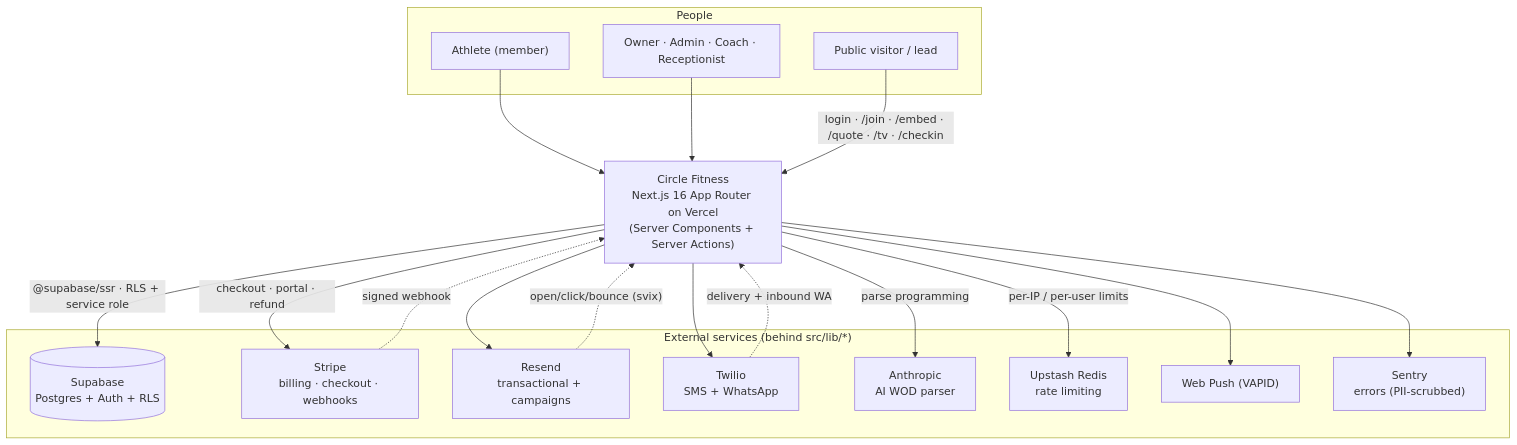
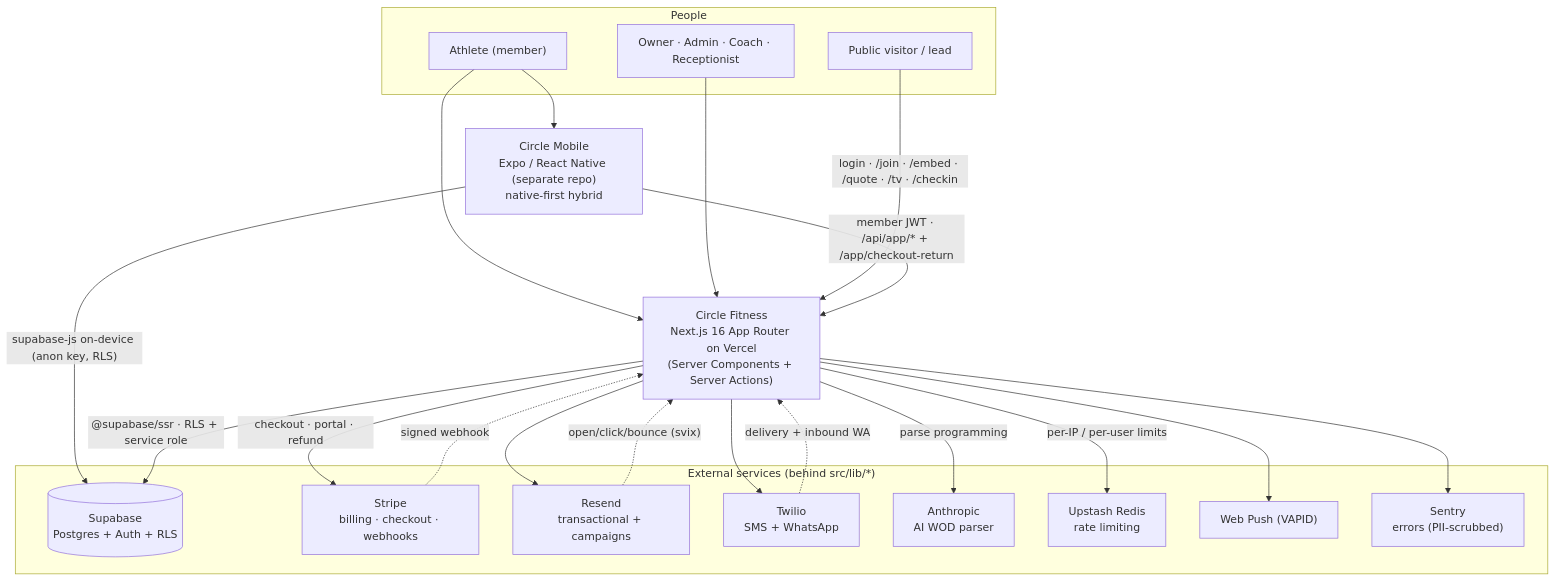
One commit to Walidsh87/circle-glofox changed the first of 6 diagrams in docs/ARCHITECTURE.md. Above: the diagram before and after it, drawn with Mermaid. The commit also changed other lines of this file and 12 other files, not shown here.

First line of the commit message:
feat: audit close-out — mig 096 hardening, automated a11y gate, AA contrast, ARCHITECTURE re-ground (#109)

````diff
--- a/docs/ARCHITECTURE.md
+++ b/docs/ARCHITECTURE.md
@@ -22,38 +22,44 @@
 ```mermaid
 flowchart TB
   subgraph users["People"]
     ATH["Athlete (member)"]
     STAFF["Owner · Admin · Coach · Receptionist"]
     PUB["Public visitor / lead"]
   end
+
+  MOB["Circle Mobile<br/>Expo / React Native (separate repo)<br/>native-first hybrid"]
 
   APP["Circle Fitness<br/>Next.js 16 App Router on Vercel<br/>(Server Components + Server Actions)"]
 
   subgraph ext["External services (behind src/lib/*)"]
     SUPA[("Supabase<br/>Postgres + Auth + RLS")]
     STRIPE["Stripe<br/>billing · checkout · webhooks"]
     RESEND["Resend<br/>transactional + campaigns"]
     TWILIO["Twilio<br/>SMS + WhatsApp"]
     ANTH["Anthropic<br/>AI WOD parser"]
     UPSTASH["Upstash Redis<br/>rate limiting"]
     PUSH["Web Push (VAPID)"]
     SENTRY["Sentry<br/>errors (PII-scrubbed)"]
   end
 
   ATH --> APP
+  ATH --> MOB
   STAFF --> APP
   PUB -->|"login · /join · /embed · /quote · /tv · /checkin"| APP
+
+  MOB -->|"member JWT · /api/app/* + /app/checkout-return"| APP
+  MOB -->|"supabase-js on-device (anon key, RLS)"| SUPA
 
   APP -->|"@supabase/ssr · RLS + service role"| SUPA
   APP -->|"checkout · portal · refund"| STRIPE
   APP --> RESEND
   APP --> TWILIO
   APP -->|"parse programming"| ANTH
   APP -->|"per-IP / per-user limits"| UPSTASH
   APP --> PUSH
   APP --> SENTRY
 
   STRIPE -.->|"signed webhook"| APP
   RESEND -.->|"open/click/bounce (svix)"| APP
   TWILIO -.->|"delivery + inbound WA"| APP
 ```
````
